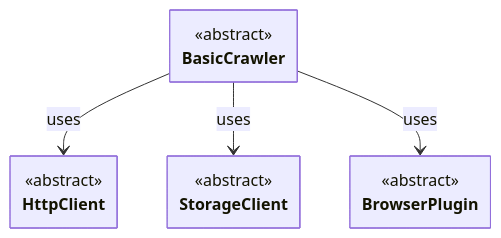
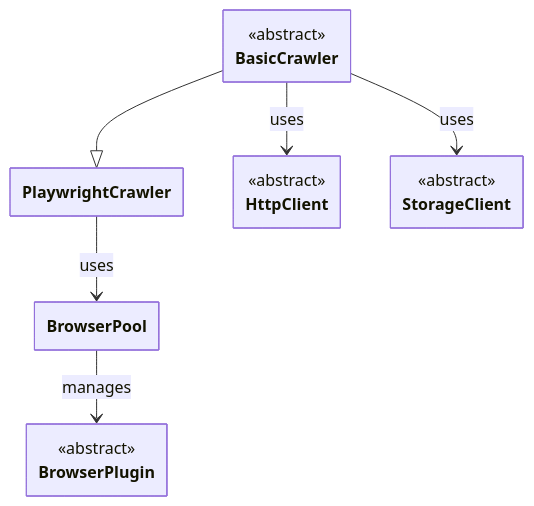
Before and after one commit to apify/crawlee-python: the diagram in docs/guides/extending_crawlee.mdx, drawn with Mermaid.

Commit message:
docs: route the browser edge in the extension-points diagram through BrowserPool

````diff
--- a/docs/guides/extending_crawlee.mdx
+++ b/docs/guides/extending_crawlee.mdx
@@ -17,29 +17,35 @@
 ```mermaid
 ---
 config:
     class:
         hideEmptyMembersBox: true
 ---
 
 classDiagram
 
 class BasicCrawler {
     <<abstract>>
 }
 
+class PlaywrightCrawler
+
 class HttpClient {
     <<abstract>>
 }
 
 class StorageClient {
     <<abstract>>
 }
 
+class BrowserPool
+
 class BrowserPlugin {
     <<abstract>>
 }
 
 BasicCrawler --> HttpClient : uses
 BasicCrawler --> StorageClient : uses
-BasicCrawler --> BrowserPlugin : uses
+BasicCrawler --|> PlaywrightCrawler
+PlaywrightCrawler --> BrowserPool : uses
+BrowserPool --> BrowserPlugin : manages
 ```
````
